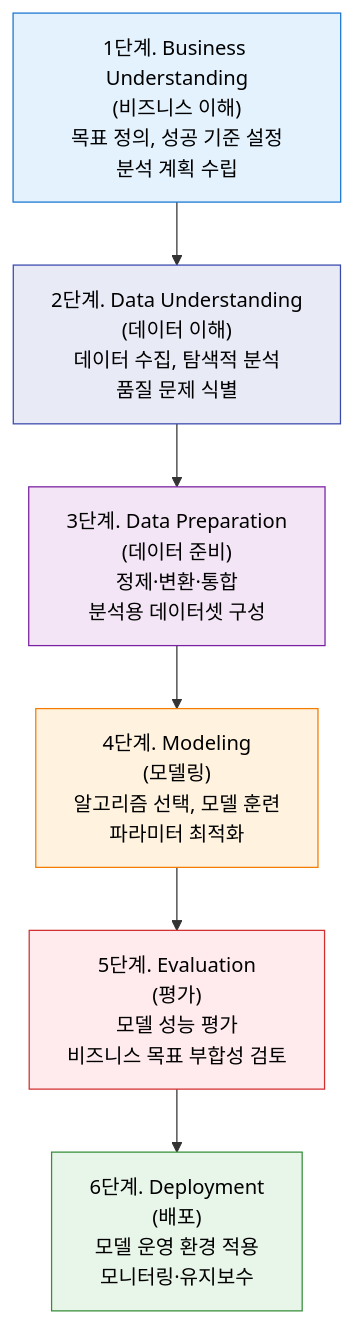
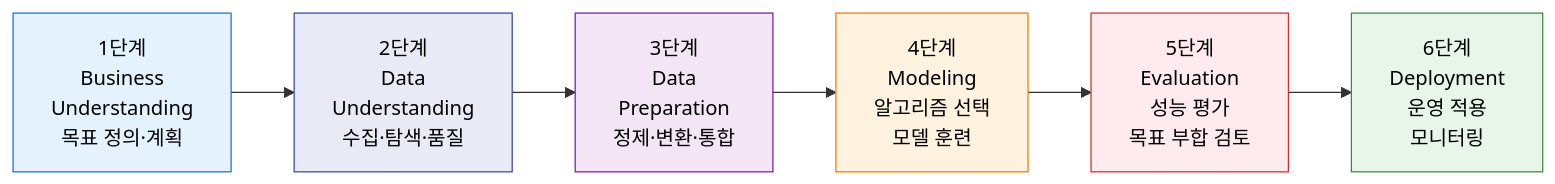
One commit to jeonck/fw-thinking changed the second of 3 diagrams in docs/07-data-ai-governance/crisp-dm.md. Above: the diagram before and after it, drawn with Mermaid.

Commit message:
CRISP-DM 6단계 다이어그램 가로 방향(LR)으로 변경

````diff
--- a/docs/07-data-ai-governance/crisp-dm.md
+++ b/docs/07-data-ai-governance/crisp-dm.md
@@ -33,18 +33,18 @@
 ```mermaid
-flowchart TD
-    S1["1단계. Business Understanding<br/>(비즈니스 이해)<br/>목표 정의, 성공 기준 설정<br/>분석 계획 수립"]
-    S2["2단계. Data Understanding<br/>(데이터 이해)<br/>데이터 수집, 탐색적 분석<br/>품질 문제 식별"]
-    S3["3단계. Data Preparation<br/>(데이터 준비)<br/>정제·변환·통합<br/>분석용 데이터셋 구성"]
-    S4["4단계. Modeling<br/>(모델링)<br/>알고리즘 선택, 모델 훈련<br/>파라미터 최적화"]
-    S5["5단계. Evaluation<br/>(평가)<br/>모델 성능 평가<br/>비즈니스 목표 부합성 검토"]
-    S6["6단계. Deployment<br/>(배포)<br/>모델 운영 환경 적용<br/>모니터링·유지보수"]
+flowchart LR
+    S1["1단계<br/>Business<br/>Understanding<br/>목표 정의·계획"]
+    S2["2단계<br/>Data<br/>Understanding<br/>수집·탐색·품질"]
+    S3["3단계<br/>Data<br/>Preparation<br/>정제·변환·통합"]
+    S4["4단계<br/>Modeling<br/>알고리즘 선택<br/>모델 훈련"]
+    S5["5단계<br/>Evaluation<br/>성능 평가<br/>목표 부합 검토"]
+    S6["6단계<br/>Deployment<br/>운영 적용<br/>모니터링"]
 
     S1 --> S2 --> S3 --> S4 --> S5 --> S6
 
     style S1 fill:#E3F2FD,stroke:#1976D2,color:#000
     style S2 fill:#E8EAF6,stroke:#3949AB,color:#000
     style S3 fill:#F3E5F5,stroke:#7B1FA2,color:#000
     style S4 fill:#FFF3E0,stroke:#F57C00,color:#000
     style S5 fill:#FFEBEE,stroke:#D32F2F,color:#000
     style S6 fill:#E8F5E9,stroke:#388E3C,color:#000
 ```
````
